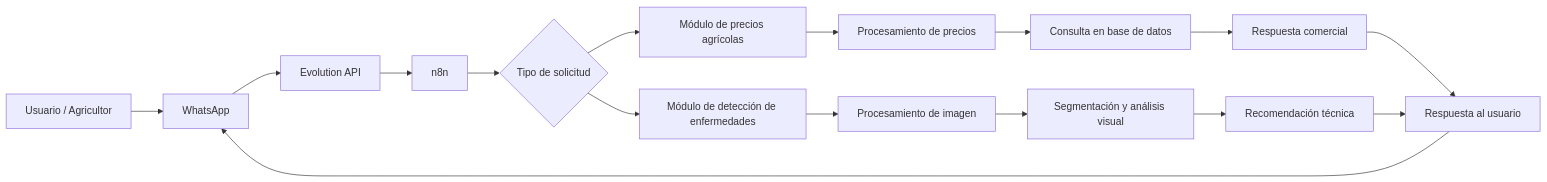
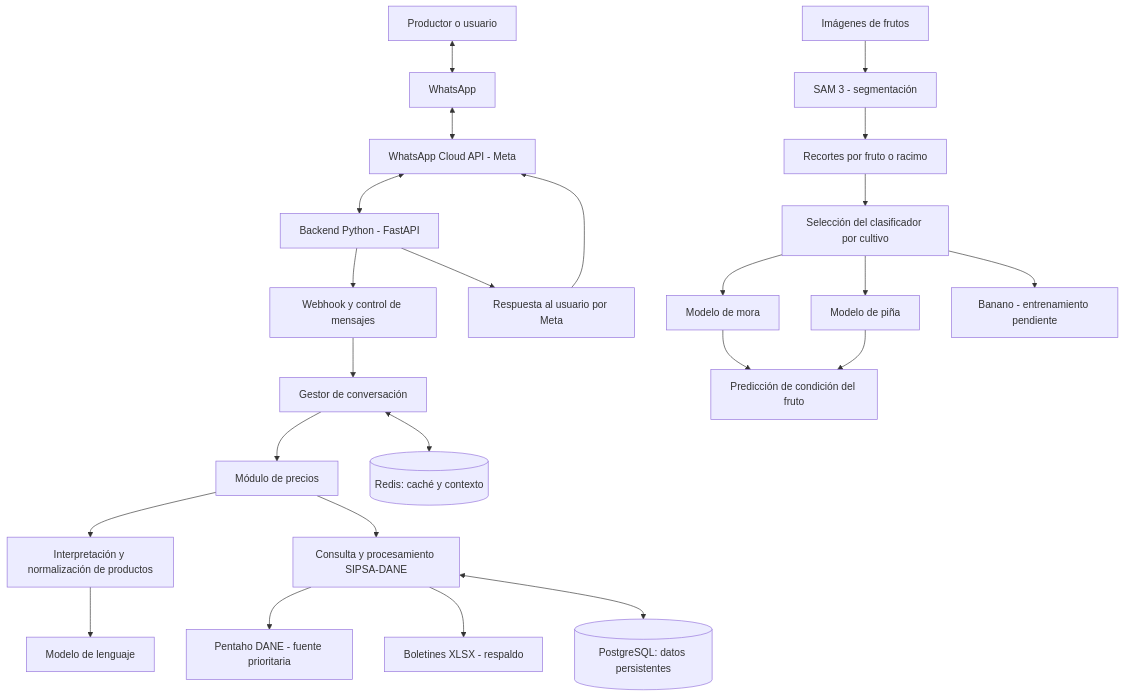
One commit to pablogomeztinst/MercoIA_Platform changed the first of 3 diagrams in README.md. Above: the diagram before and after it, drawn with Mermaid. The commit also changed other lines of this file, not shown here.

First line of the commit message:
Revise README.md with updated architecture and details

````diff
--- a/README.md
+++ b/README.md
@@ -64,22 +60,27 @@
 ```mermaid
-flowchart LR
-    A[Usuario / Agricultor] --> B[WhatsApp]
-    B --> C[Evolution API]
-    C --> D[n8n]
-    D --> E{Tipo de solicitud}
+flowchart TB
+    U[Productor o usuario] <--> WA[WhatsApp]
+    WA <--> META[WhatsApp Cloud API - Meta]
+    META <--> API[Backend Python - FastAPI]
+    API --> WEB[Webhook y control de mensajes]
+    WEB --> CONV[Gestor de conversación]
+    CONV --> PREC[Módulo de precios]
+    PREC --> NOR[Interpretación y normalización de productos]
+    PREC --> DAT[Consulta y procesamiento SIPSA-DANE]
+    NOR --> LLM[Modelo de lenguaje]
+    DAT --> PN[Pentaho DANE - fuente prioritaria]
+    DAT --> XLS[Boletines XLSX - respaldo]
+    CONV <--> REDIS[(Redis: caché y contexto)]
+    DAT <--> PG[(PostgreSQL: datos persistentes)]
+    API --> ENV[Respuesta al usuario por Meta]
+    ENV --> META
 
-    E --> F[Módulo de precios agrícolas]
-    E --> G[Módulo de detección de enfermedades]
-
-    F --> H[Procesamiento de precios]
-    H --> I[Consulta en base de datos]
-    I --> J[Respuesta comercial]
-
-    G --> K[Procesamiento de imagen]
-    K --> L[Segmentación y análisis visual]
-    L --> M[Recomendación técnica]
-
-    J --> N[Respuesta al usuario]
-    M --> N
-    N --> B
+    IMG[Imágenes de frutos] --> SAM[SAM 3 - segmentación]
+    SAM --> ROIS[Recortes por fruto o racimo]
+    ROIS --> SELECT[Selección del clasificador por cultivo]
+    SELECT --> MORA[Modelo de mora]
+    SELECT --> PINA[Modelo de piña]
+    SELECT --> BAN[Banano - entrenamiento pendiente]
+    MORA --> DIAG[Predicción de condición del fruto]
+    PINA --> DIAG
 ```
````
